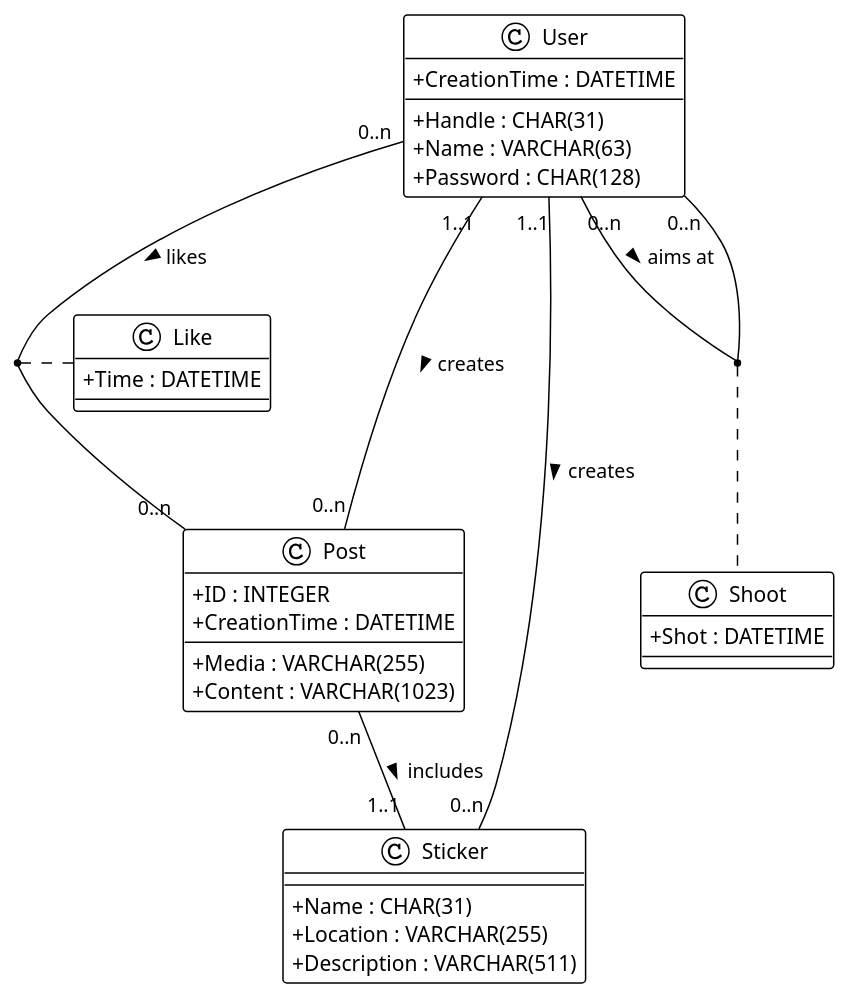
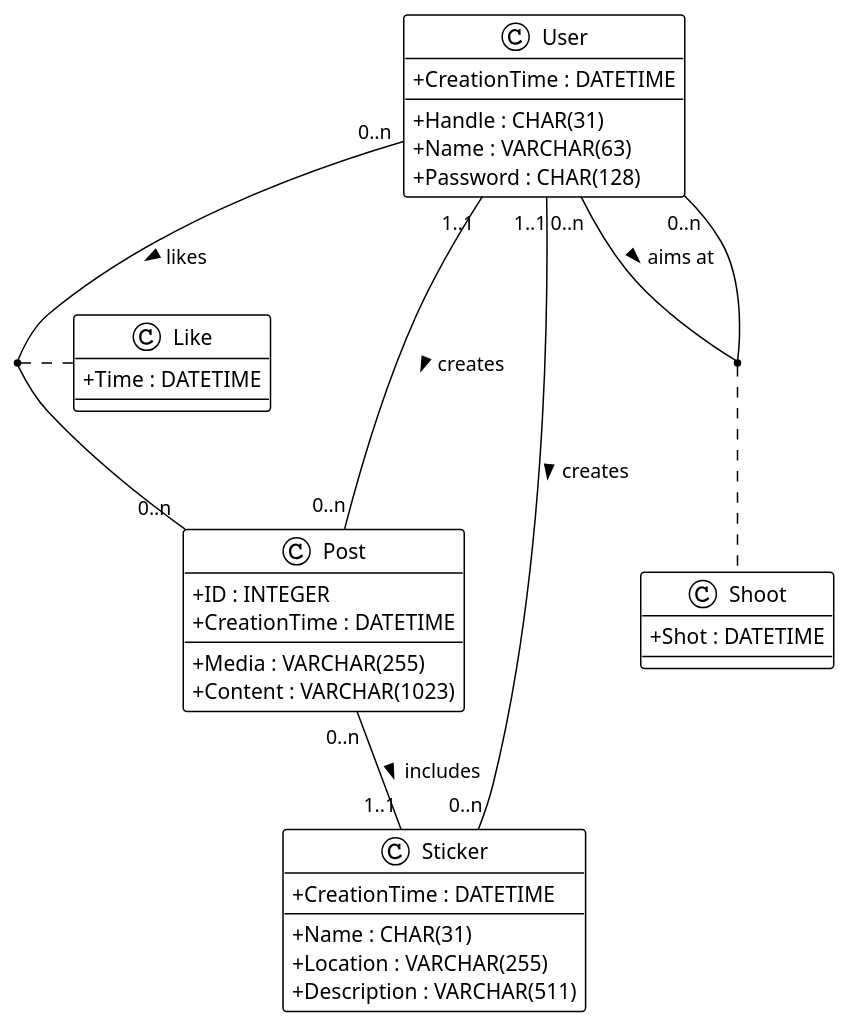
Before and after one commit to luca-baeck/Soziales-Netzwerk: the diagram in doc/hiddlestick.puml, drawn with PlantUML. The commit also changed 2 other files, not shown here.

Commit message:
Added CreationTime to Sticker

```diff
--- a/doc/hiddlestick.puml
+++ b/doc/hiddlestick.puml
@@ -1,57 +1,58 @@
 @startuml hiddlestick
 
 !theme plain
 skinparam ClassAttributeIconSize 0
 
 class User{
     + Handle : CHAR(31)
     + Name : VARCHAR(63)
     + Password : CHAR(128)
     + CreationTime : DATETIME
 }
 
 class Post{
     + ID : INTEGER
     /'
     + Creator : CHAR(31)
     + Sticker : CHAR(31)
     '/
     + Media : VARCHAR(255)
     + Content : VARCHAR(1023)
     + CreationTime : DATETIME
 }
 
 class Sticker{
     + Name : CHAR(31)
     + Location : VARCHAR(255)
     /'
     + Creator : CHAR(31)
     '/
     + Description : VARCHAR(511)
+    + CreationTime : DATETIME
 }
 
 User "0..n" -- "0..n" User : aims at >
 (User, User) . Shoot
 User "1..1" -- "0..n" Post : creates >
 User "1..1" -- "0..n" Sticker : creates >
 Post "0..n" -- "1..1" Sticker : includes >
 User "0..n" -- "0..n" Post : likes >
 (User, Post) . Like
 
 class Shoot{
     /'
     + Target : CHAR(31)
     + Archer : CHAR(31)
     '/
     + Shot : DATETIME
 }
 
 class Like{
     /'
     + PostID : INTEGER
     + User : CHAR(31)
     '/
     + Time : DATETIME
 }
 
 @enduml
```
